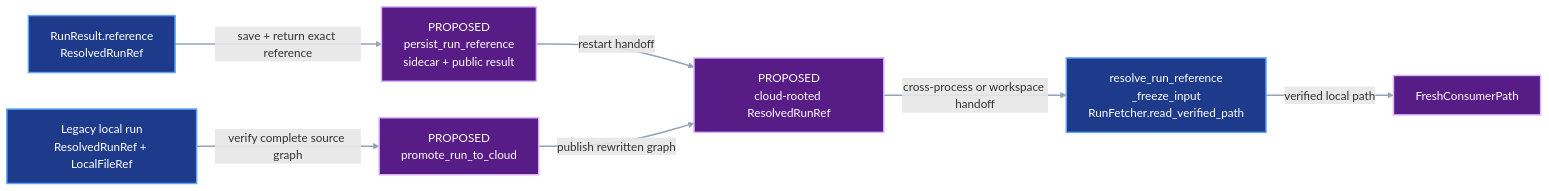
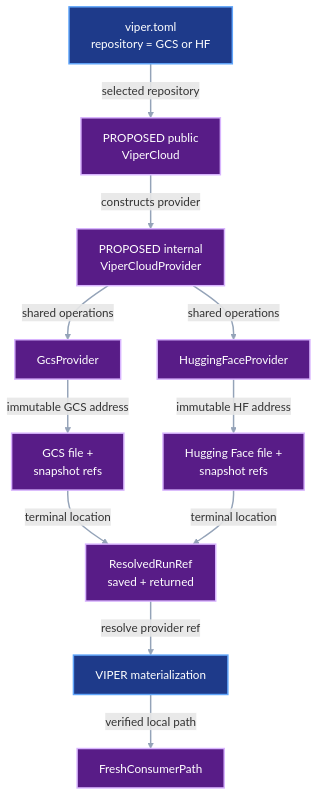
The second of 3 diagrams in contracts/viper-cloud-persistence.md (pvd232/RICO), drawn with Mermaid before and after one commit. The commit also changed other lines of this file and 3 other files, not shown here.

Commit message:
contract: unify ViperCloud provider persistence

````diff
--- a/contracts/viper-cloud-persistence.md
+++ b/contracts/viper-cloud-persistence.md
@@ -213,26 +283,33 @@
 ```mermaid
-flowchart LR
-    RunResult["RunResult.reference<br/>ResolvedRunRef"]
-    Retain["PROPOSED<br/>persist_run_reference<br/>sidecar + public result"]
-    LocalRun["Legacy local run<br/>ResolvedRunRef + LocalFileRef"]
-    Promote["PROPOSED<br/>promote_run_to_cloud"]
-    CloudRoot["PROPOSED<br/>cloud-rooted ResolvedRunRef"]
-    Consumer["resolve_run_reference<br/>_freeze_input<br/>RunFetcher.read_verified_path"]
+flowchart TB
+    Config["viper.toml<br/>repository = GCS or HF"]
+    Service["PROPOSED public<br/>ViperCloud"]
+    Base["PROPOSED internal<br/>ViperCloudProvider"]
+    Gcs["GcsProvider"]
+    Hf["HuggingFaceProvider"]
+    GcsRef["GCS file +<br/>snapshot refs"]
+    HfRef["Hugging Face file +<br/>snapshot refs"]
+    Root["ResolvedRunRef<br/>saved + returned"]
+    Consumer["VIPER materialization"]
     Result["FreshConsumerPath"]
 
-    RunResult -->|"save + return exact reference"| Retain
-    Retain -->|"restart handoff"| CloudRoot
-    LocalRun -->|"verify complete source graph"| Promote
-    Promote -->|"publish rewritten graph"| CloudRoot
-    CloudRoot -->|"cross-process or workspace handoff"| Consumer
+    Config -->|"selected repository"| Service
+    Service -->|"constructs provider"| Base
+    Base -->|"shared operations"| Gcs
+    Base -->|"shared operations"| Hf
+    Gcs -->|"immutable GCS address"| GcsRef
+    Hf -->|"immutable HF address"| HfRef
+    GcsRef -->|"terminal location"| Root
+    HfRef -->|"terminal location"| Root
+    Root -->|"resolve provider ref"| Consumer
     Consumer -->|"verified local path"| Result
 
-    class RunResult,LocalRun current
-    class Retain,Promote,CloudRoot proposed
+    class Config current
+    class Service,Base,Gcs,Hf,GcsRef,HfRef,Root proposed
     class Consumer current
     class Result output
     classDef current fill:#1e3a8a,stroke:#60a5fa,color:#ffffff,stroke-width:2px
     classDef proposed fill:#581c87,stroke:#d8b4fe,color:#ffffff,stroke-width:2px
     classDef output fill:#581c87,stroke:#d8b4fe,color:#ffffff,stroke-width:2px
     linkStyle default stroke:#94a3b8,stroke-width:2px
 ```
````
